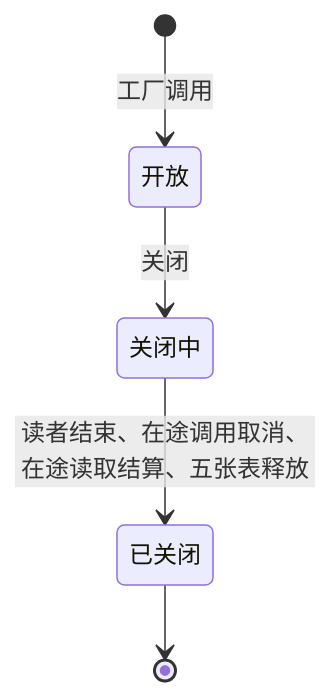
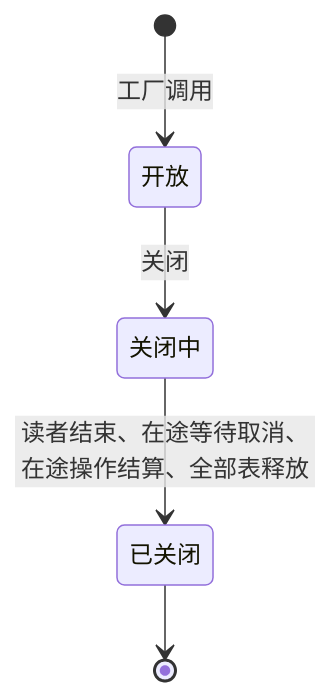
The second of 2 diagrams in packages/context/runtime-context/docs/object-model.md (nemori-ai/omne-harness-lite), drawn with Mermaid before and after one commit. The commit also changed other lines of this file and 26 other files, not shown here.

````diff
--- a/packages/context/runtime-context/docs/object-model.md
+++ b/packages/context/runtime-context/docs/object-model.md
@@ -127,7 +150,7 @@
 ```mermaid
 stateDiagram-v2
   [*] --> 开放: 工厂调用
   开放 --> 关闭中: 关闭
-  关闭中 --> 已关闭: 读者结束、在途调用取消、在途读取结算、五张表释放
+  关闭中 --> 已关闭: 读者结束、在途等待取消、在途操作结算、全部表释放
   已关闭 --> [*]
 ```
````
